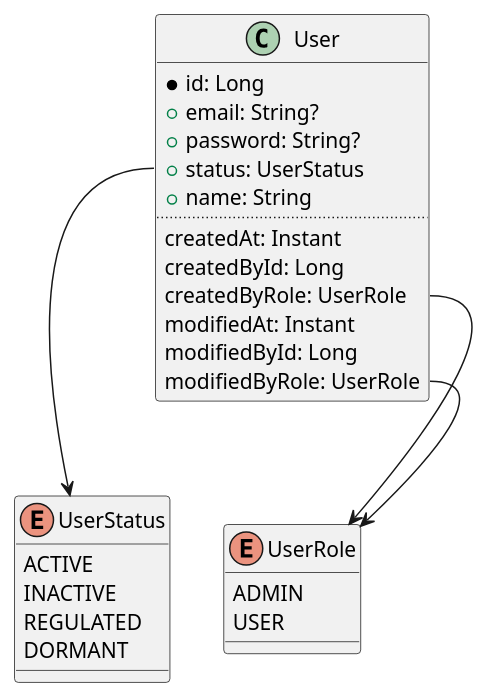
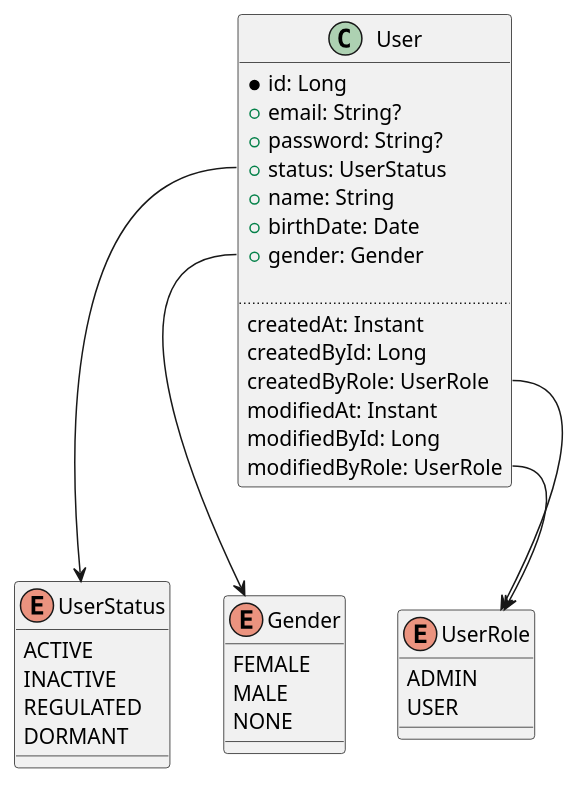
One commit to sweav-org/sweav-uml changed the diagram in class/user/user.puml. Above: the diagram before and after it, drawn with PlantUML.

Commit message:
유저에 생년월일, 성별 추가

```diff
--- a/class/user/user.puml
+++ b/class/user/user.puml
@@ -1,35 +1,45 @@
 @startuml
 'https://plantuml.com/class-diagram
 
 class User {
   *id: Long
   +email: String?
   +password: String?
   +status: UserStatus
   +name: String
+  +birthDate: Date
+  +gender: Gender
+
   ..
   createdAt: Instant
   createdById: Long
   createdByRole: UserRole
   modifiedAt: Instant
   modifiedById: Long
   modifiedByRole: UserRole
 }
 
 enum UserStatus {
   ACTIVE
   INACTIVE
   REGULATED
   DORMANT
 }
 
+enum Gender {
+  FEMALE
+  MALE
+  NONE
+}
+
 enum UserRole {
   ADMIN
   USER
 }
 
 User::status --> UserStatus
+User::gender --> Gender
 User::createdByRole --> UserRole
 User::modifiedByRole --> UserRole
 
 @enduml
```
